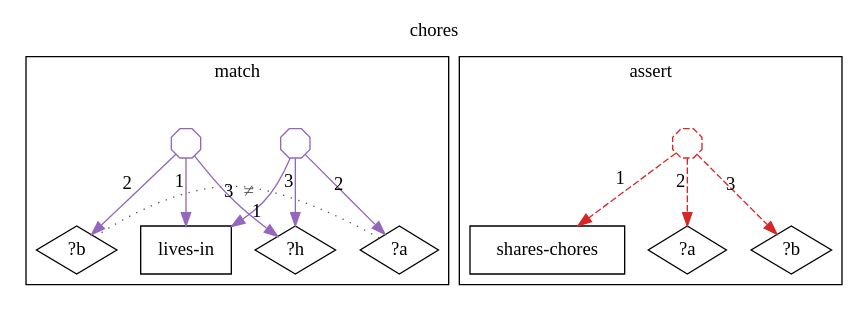
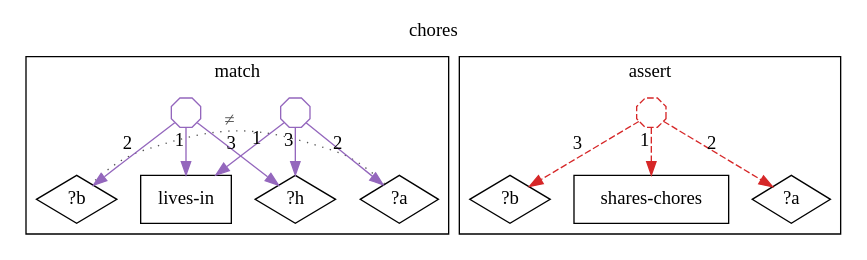
Before and after one commit to agutikov/ein: the diagram in docs/ein/user/03-syntax-and-semantics/diagrams/11-rule-chores-written-out.dot, drawn with Graphviz. The commit also changed 102 other files, not shown here.

```diff
--- a/docs/ein/user/03-syntax-and-semantics/diagrams/11-rule-chores-written-out.dot
+++ b/docs/ein/user/03-syntax-and-semantics/diagrams/11-rule-chores-written-out.dot
@@ -1,28 +1,28 @@
 digraph rule_chores_lhs_rhs {
   rankdir=TB;
   label="chores"; labelloc=t;
   subgraph cluster_lhs { label="match";
     "lives-in_L" [label="lives-in", shape=box];
     "?a_L" [label="?a", shape=diamond];
     "?h_L" [label="?h", shape=diamond];
     "?b_L" [label="?b", shape=diamond];
     "h1_lives-in_L" [shape=octagon, label="", width=0.3, height=0.3, fixedsize=true, color="#9467bd"];
     "h1_lives-in_L" -> "lives-in_L" [xlabel="1", color="#9467bd"];
     "h1_lives-in_L" -> "?a_L" [xlabel="2", color="#9467bd"];
     "h1_lives-in_L" -> "?h_L" [xlabel="3", color="#9467bd"];
     "h2_lives-in_L" [shape=octagon, label="", width=0.3, height=0.3, fixedsize=true, color="#9467bd"];
     "h2_lives-in_L" -> "lives-in_L" [xlabel="1", color="#9467bd"];
     "h2_lives-in_L" -> "?b_L" [xlabel="2", color="#9467bd"];
     "h2_lives-in_L" -> "?h_L" [xlabel="3", color="#9467bd"];
-    "?a_L" -> "?b_L" [label="≠", dir=none, style=dotted, color="#555555", fontcolor="#555555", constraint=false];
+    "?a_L" -> "?b_L" [xlabel="≠", dir=none, style=dotted, color="#555555", fontcolor="#555555", constraint=false];
   }
   subgraph cluster_rhs { label="assert";
     "shares-chores_R" [label="shares-chores", shape=box];
     "?a_R" [label="?a", shape=diamond];
     "?b_R" [label="?b", shape=diamond];
     "h3_shares-chores_R" [shape=octagon, label="", width=0.3, height=0.3, fixedsize=true, color="#d62728", style=dashed];
     "h3_shares-chores_R" -> "shares-chores_R" [xlabel="1", color="#d62728", style=dashed];
     "h3_shares-chores_R" -> "?a_R" [xlabel="2", color="#d62728", style=dashed];
     "h3_shares-chores_R" -> "?b_R" [xlabel="3", color="#d62728", style=dashed];
   }
 }
```
